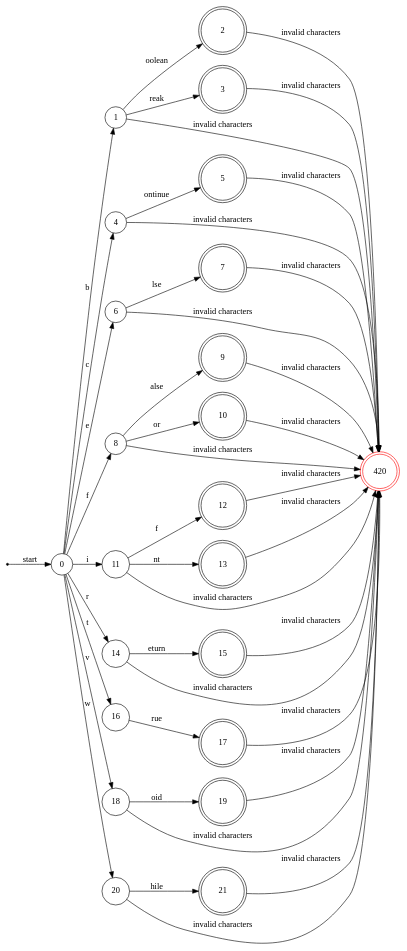
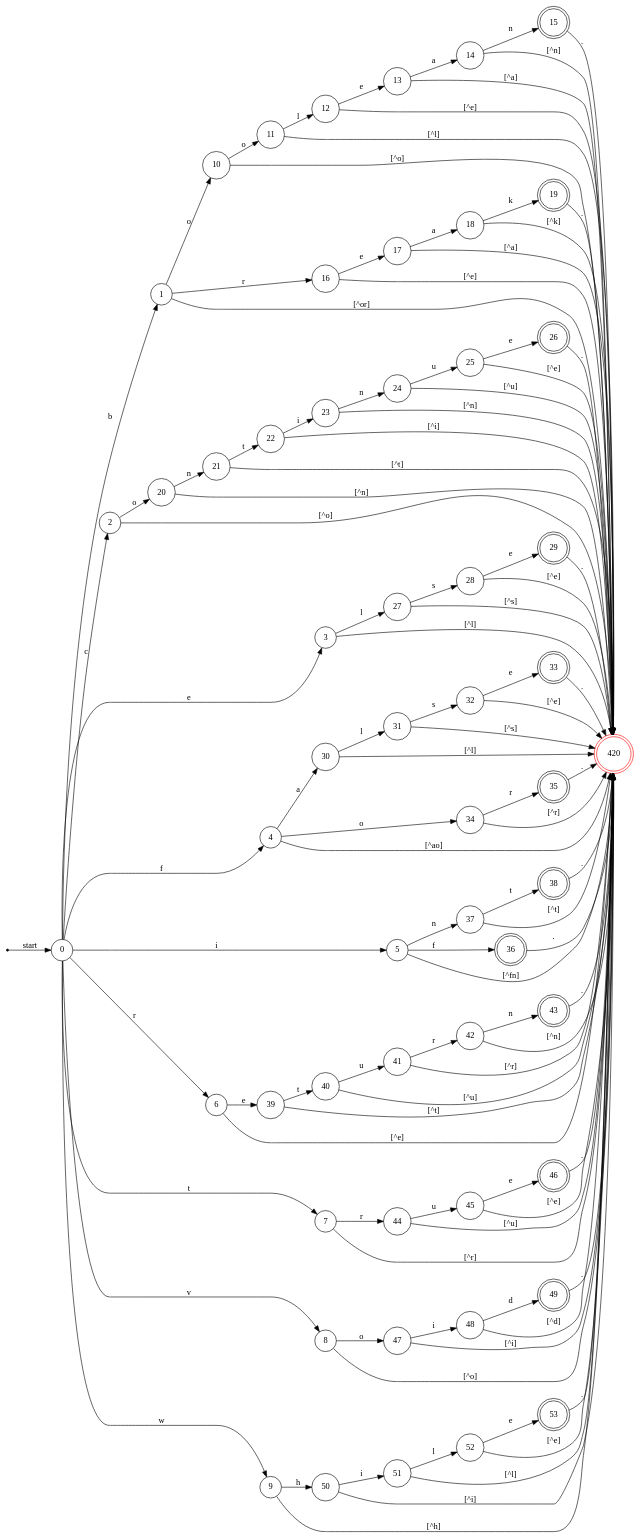
Before and after one commit to ichxorya/pvccoon: the diagram in src/lexer/idk/vc_dfa.dot, drawn with Graphviz. The commit also changed 1 other file, not shown here.

```diff
--- a/src/lexer/idk/vc_dfa.dot
+++ b/src/lexer/idk/vc_dfa.dot
@@ -8,34 +8,79 @@
         start;
     node [shape = circle]; 
         state_start [label = "0"];
+    
+    // Other states.
+    node [shape = circle] {
+        // First letter of a keyword.
+        state_b [label = "1"];
+        state_c [label = "2"];
+        state_e [label = "3"];
+        state_f [label = "4"];
+        state_i [label = "5"];
+        state_r [label = "6"];
+        state_t [label = "7"];
+        state_v [label = "8"];
+        state_w [label = "9"];
 
-    // 20 states per block.
-    node [shape = circle] {
-        state_b [label = "1"];
-        state_c [label = "4"];
-        state_e [label = "6"];
-        state_f [label = "8"];
-        state_i [label = "11"];
-        state_r [label = "14"];
-        state_t [label = "16"];
-        state_v [label = "18"];
-        state_w [label = "20"];
+        // Second+ letters of a keyword.
+        state_bo [label = "10"];
+        state_boo [label = "11"];
+        state_bool [label = "12"];
+        state_boole [label = "13"];
+        state_boolea [label = "14"];
+
+        state_br [label = "16"];
+        state_bre [label = "17"];
+        state_brea [label = "18"];
+
+        state_co [label = "20"];
+        state_con [label = "21"];
+        state_cont [label = "22"];
+        state_conti [label = "23"];
+        state_contin [label = "24"];
+        state_continu [label = "25"];
+
+        state_el [label = "27"];
+        state_els [label = "28"];
+
+        state_fa [label = "30"];
+        state_fal [label = "31"];
+        state_fals [label = "32"];
+        
+        state_fo [label = "34"];
+
+        state_in [label = "37"];
+
+        state_re [label = "39"];
+        state_ret [label = "40"];
+        state_retu [label = "41"];
+        state_retur [label = "42"];
+
+        state_tr [label = "44"];
+        state_tru [label = "45"];
+
+        state_vo [label = "47"];
+        state_voi [label = "48"];
+        
+        state_wh [label = "50"];
+        state_whi [label = "51"];
+        state_whil [label = "52"];
     }
-    
+
     // Accepting states.
     node [shape = doublecircle] {
-        state_boolean [label = "2", width = 1];
-        state_break [label = "3", width = 1];
-        state_continue [label = "5", width = 1];
-        state_else [label = "7", width = 1];
-        state_false [label = "9", width = 1];
-        state_for [label = "10", width = 1];
-        state_if [label = "12", width = 1];
-        state_int [label = "13", width = 1];
-        state_return [label = "15", width = 1];
-        state_true [label = "17", width = 1];
-        state_void [label = "19", width = 1];
-        state_while [label = "21", width = 1];
+        state_boolean [label = "15"];
+        state_break [label = "19"];
+        state_continue [label = "26"];
+        state_else [label = "29"];
+        state_false [label = "33"];
+        state_for [label = "35"];
+        state_if [label = "36"];
+        state_int [label = "38"];
+        state_return [label = "43"];
+        state_true [label = "46"];
+        state_void [label = "49"];
+        state_while [label = "53"];
     } 
 
     // Error state.
@@ -47,66 +92,143 @@
     
     // Boolean
     state_start -> state_b [label = "b"];
-    state_b -> state_error [label = "invalid characters"];
-    state_b -> state_boolean [label = "oolean"];
-    state_boolean -> state_error [label = "invalid characters"];
+    state_b -> state_bo [label = "o"];
+    state_bo -> state_boo [label = "o"];
+    state_boo -> state_bool [label = "l"];
+    state_bool -> state_boole [label = "e"];
+    state_boole -> state_boolea [label = "a"];
+    state_boolea -> state_boolean [label = "n"];
+
+    state_b -> state_error [label = "[^or]"];
+    state_bo -> state_error [label = "[^o]"];
+    state_boo -> state_error [label = "[^l]"];
+    state_bool -> state_error [label = "[^e]"];
+    state_boole -> state_error [label = "[^a]"];
+    state_boolea -> state_error [label = "[^n]"];
+    state_boolean -> state_error [label = "."];
 
     // Break
-    state_b -> state_break [label = "reak"];
-    state_break -> state_error [label = "invalid characters"];
+    state_b -> state_br [label = "r"];
+    state_br -> state_bre [label = "e"];
+    state_bre -> state_brea [label = "a"];
+    state_brea -> state_break [label = "k"];
+
+    state_br -> state_error [label = "[^e]"];
+    state_bre -> state_error [label = "[^a]"];
+    state_brea -> state_error [label = "[^k]"];
+    state_break -> state_error [label = "."];
     
     // Continue
     state_start -> state_c [label = "c"];
-    state_c -> state_error [label = "invalid characters"];
-    state_c -> state_continue [label = "ontinue"];
-    state_continue -> state_error [label = "invalid characters"];
+    state_c -> state_co [label = "o"];
+    state_co -> state_con [label = "n"];
+    state_con -> state_cont [label = "t"];
+    state_cont -> state_conti [label = "i"];
+    state_conti -> state_contin [label = "n"];
+    state_contin -> state_continu [label = "u"];
+    state_continu -> state_continue [label = "e"];
+    
+    state_c -> state_error [label = "[^o]"];
+    state_co -> state_error [label = "[^n]"];
+    state_con -> state_error [label = "[^t]"];
+    state_cont -> state_error [label = "[^i]"];
+    state_conti -> state_error [label = "[^n]"];
+    state_contin -> state_error [label = "[^u]"];
+    state_continu -> state_error [label = "[^e]"];
+    state_continue -> state_error [label = "."];
 
     // Else
     state_start -> state_e [label = "e"];
-    state_e -> state_error [label = "invalid characters"];
-    state_e -> state_else [label = "lse"];
-    state_else -> state_error [label = "invalid characters"];
+    state_e -> state_el [label = "l"];
+    state_el -> state_els [label = "s"];
+    state_els -> state_else [label = "e"];
+
+    state_e -> state_error [label = "[^l]"];
+    state_el -> state_error [label = "[^s]"];
+    state_els -> state_error [label = "[^e]"];
+    state_else -> state_error [label = "."];
 
     // False
     state_start -> state_f [label = "f"];
-    state_f -> state_error [label = "invalid characters"];
-    state_f -> state_false [label = "alse"];
-    state_false -> state_error [label = "invalid characters"];
+    state_f -> state_fa [label = "a"];
+    state_fa -> state_fal [label = "l"];
+    state_fal -> state_fals [label = "s"];
+    state_fals -> state_false [label = "e"];
+    
+    state_f -> state_error [label = "[^ao]"];
+    state_fa -> state_error [label = "[^l]"];
+    state_fal -> state_error [label = "[^s]"];
+    state_fals -> state_error [label = "[^e]"];
+    state_false -> state_error [label = "."];
 
     // For
-    state_f -> state_for [label = "or"];
-    state_for -> state_error [label = "invalid characters"];
+    state_f -> state_fo [label = "o"];
+    state_fo -> state_for [label = "r"];
+
+    state_fo -> state_error [label = "[^r]"];
+    state_for -> state_error [label = "."];
 
     // If
     state_start -> state_i [label = "i"];
-    state_i -> state_error [label = "invalid characters"];
     state_i -> state_if [label = "f"];
-    state_if -> state_error [label = "invalid characters"];
+
+    state_i -> state_error [label = "[^fn]"];
+    state_if -> state_error [label = "."];
 
     // Int
-    state_i -> state_int [label = "nt"];
-    state_int -> state_error [label = "invalid characters"];
+    state_i -> state_in [label = "n"];
+    state_in -> state_int [label = "t"];
+
+    state_in -> state_error [label = "[^t]"];
+    state_int -> state_error [label = "."];
 
     // Return
     state_start -> state_r [label = "r"];
-    state_r -> state_error [label = "invalid characters"];
-    state_r -> state_return [label = "eturn"];
-    state_return -> state_error [label = "invalid characters"];
+    state_r -> state_re [label = "e"];
+    state_re -> state_ret [label = "t"];
+    state_ret -> state_retu [label = "u"];
+    state_retu -> state_retur [label = "r"];
+    state_retur -> state_return [label = "n"];
+
+    state_r -> state_error [label = "[^e]"];
+    state_re -> state_error [label = "[^t]"];
+    state_ret -> state_error [label = "[^u]"];
+    state_retu -> state_error [label = "[^r]"];
+    state_retur -> state_error [label = "[^n]"];
+    state_return -> state_error [label = "."];
 
     // True
     state_start -> state_t [label = "t"];
-    state_t -> state_true [label = "rue"];
-    state_true -> state_error [label = "invalid characters"];
+    state_t -> state_tr [label = "r"];
+    state_tr -> state_tru [label = "u"];
+    state_tru -> state_true [label = "e"];
+
+    state_t -> state_error [label = "[^r]"];
+    state_tr -> state_error [label = "[^u]"];
+    state_tru -> state_error [label = "[^e]"];
+    state_true -> state_error [label = "."];
 
     // Void
     state_start -> state_v [label = "v"];
-    state_v -> state_error [label = "invalid characters"];
-    state_v -> state_void [label = "oid"];
-    state_void -> state_error [label = "invalid characters"];
+    state_v -> state_vo [label = "o"];
+    state_vo -> state_voi [label = "i"];
+    state_voi -> state_void [label = "d"];
+
+    state_v -> state_error [label = "[^o]"];
+    state_vo -> state_error [label = "[^i]"];
+    state_voi -> state_error [label = "[^d]"];
+    state_void -> state_error [label = "."];
 
     // While
     state_start -> state_w [label = "w"];
-    state_w -> state_error [label = "invalid characters"];
-    state_w -> state_while [label = "hile"];
-    state_while -> state_error [label = "invalid characters"];
+    state_w -> state_wh [label = "h"];
+    state_wh -> state_whi [label = "i"];
+    state_whi -> state_whil [label = "l"];
+    state_whil -> state_while [label = "e"];
+
+    state_w -> state_error [label = "[^h]"];
+    state_wh -> state_error [label = "[^i]"];
+    state_whi -> state_error [label = "[^l]"];
+    state_whil -> state_error [label = "[^e]"];
+    state_while -> state_error [label = "."];
 }
```
